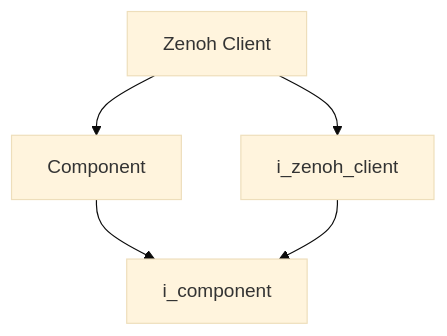
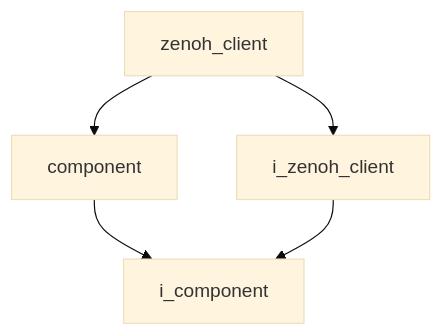
The first of 2 diagrams in docs/codebase/namespaces/utility/implementation/zenoh_client.md (kasper-szczerba/autonomous_control_system_wiki), drawn with Mermaid (base theme) before and after one commit. The commit also changed other lines of this file and 41 other files, not shown here.

````diff
--- a/docs/codebase/namespaces/utility/implementation/zenoh_client.md
+++ b/docs/codebase/namespaces/utility/implementation/zenoh_client.md
@@ -15,8 +15,8 @@
 ```mermaid
 graph TD
-    zenoh_client["Zenoh Client"]
-    component["Component"] --> i_component["i_component"]
+    zenoh_client["zenoh_client"]
+    component["component"] --> i_component["i_component"]
     i_zenoh_client["i_zenoh_client"] --> i_component["i_component"]
-    zenoh_client["Zenoh Client"] --> component["Component"]
-    zenoh_client["Zenoh Client"] --> i_zenoh_client["i_zenoh_client"]
+    zenoh_client["zenoh_client"] --> component["component"]
+    zenoh_client["zenoh_client"] --> i_zenoh_client["i_zenoh_client"]
 ```
````
